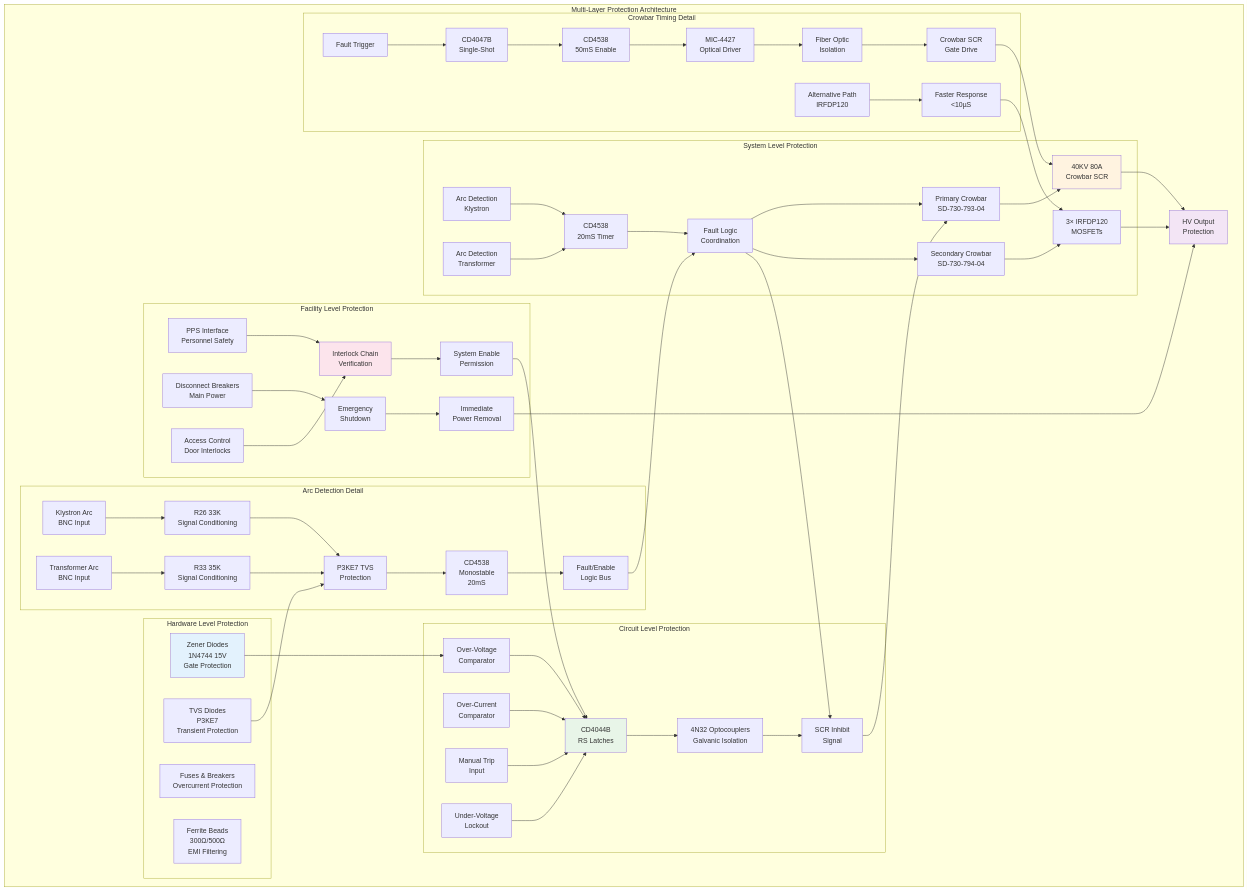
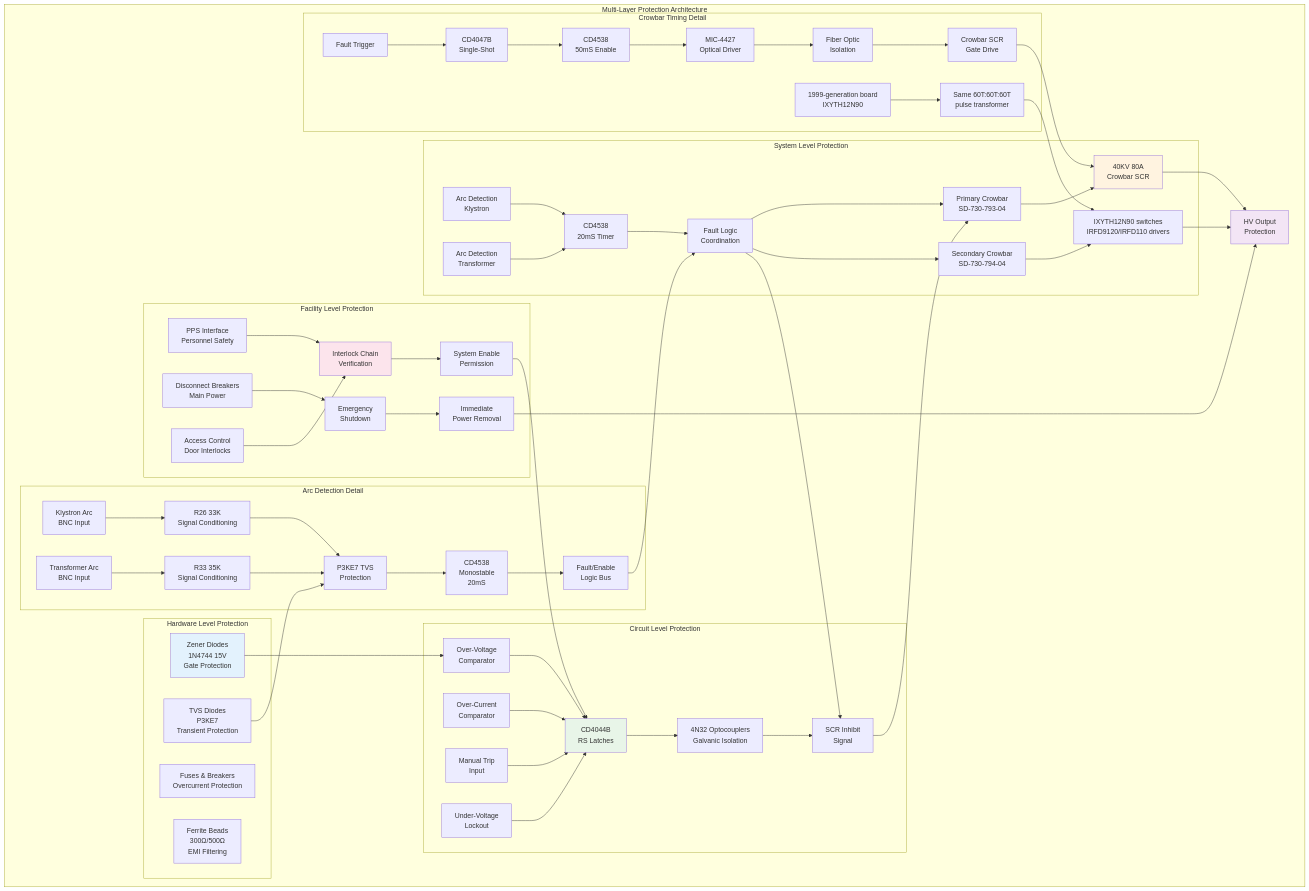
One commit to fayaw/spearlegacyLLRF changed the fifth of 7 diagrams in hvps/documentation/schematics/technical_notes/00_HVPS_SYSTEM_OVERVIEW.md. Above: the diagram before and after it, drawn with Mermaid. The commit also changed other lines of this file and 141 other files, not shown here.

````diff
--- a/hvps/documentation/schematics/technical_notes/00_HVPS_SYSTEM_OVERVIEW.md
+++ b/hvps/documentation/schematics/technical_notes/00_HVPS_SYSTEM_OVERVIEW.md
@@ -408,80 +489,80 @@
 ```mermaid
 graph TD
     subgraph "Multi-Layer Protection Architecture"
         subgraph "Hardware Level Protection"
             H1[Zener Diodes<br/>1N4744 15V<br/>Gate Protection]
             H2[TVS Diodes<br/>P3KE7<br/>Transient Protection]
             H3[Fuses & Breakers<br/>Overcurrent Protection]
             H4[Ferrite Beads<br/>300Ω/500Ω<br/>EMI Filtering]
         end
         
         subgraph "Circuit Level Protection"
             C1[Over-Voltage<br/>Comparator] --> C2[CD4044B<br/>RS Latches]
             C3[Over-Current<br/>Comparator] --> C2
             C4[Manual Trip<br/>Input] --> C2
             C5[Under-Voltage<br/>Lockout] --> C2
             
             C2 --> C6[4N32 Optocouplers<br/>Galvanic Isolation]
             C6 --> C7[SCR Inhibit<br/>Signal]
         end
         
         subgraph "System Level Protection"
             S1[Primary Crowbar<br/>SD-730-793-04] --> S2[40KV 80A<br/>Crowbar SCR]
-            S3[Secondary Crowbar<br/>SD-730-794-04] --> S4[3× IRFDP120<br/>MOSFETs]
+            S3[Secondary Crowbar<br/>SD-730-794-04] --> S4[IXYTH12N90 switches<br/>IRFD9120/IRFD110 drivers]
             
             S5[Arc Detection<br/>Klystron] --> S6[CD4538<br/>20mS Timer]
             S7[Arc Detection<br/>Transformer] --> S6
             S6 --> S8[Fault Logic<br/>Coordination]
             
             S8 --> S1
             S8 --> S3
             S8 --> C7
         end
         
         subgraph "Facility Level Protection"
             F1[PPS Interface<br/>Personnel Safety] --> F2[Interlock Chain<br/>Verification]
             F3[Disconnect Breakers<br/>Main Power] --> F4[Emergency<br/>Shutdown]
             F5[Access Control<br/>Door Interlocks] --> F2
             
             F2 --> F6[System Enable<br/>Permission]
             F4 --> F7[Immediate<br/>Power Removal]
         end
         
         subgraph "Arc Detection Detail"
             A1[Klystron Arc<br/>BNC Input] --> A2[R26 33K<br/>Signal Conditioning]
             A3[Transformer Arc<br/>BNC Input] --> A4[R33 35K<br/>Signal Conditioning]
             
             A2 --> A5[P3KE7 TVS<br/>Protection]
             A4 --> A5
             A5 --> A6[CD4538<br/>Monostable<br/>20mS]
             A6 --> A7[Fault/Enable<br/>Logic Bus]
         end
         
         subgraph "Crowbar Timing Detail"
             T1[Fault Trigger] --> T2[CD4047B<br/>Single-Shot]
             T2 --> T3[CD4538<br/>50mS Enable]
             T3 --> T4[MIC-4427<br/>Optical Driver]
             T4 --> T5[Fiber Optic<br/>Isolation]
             T5 --> T6[Crowbar SCR<br/>Gate Drive]
             
-            T7[Alternative Path<br/>IRFDP120] --> T8[Faster Response<br/><10µS]
+            T7[1999-generation board<br/>IXYTH12N90] --> T8[Same 60T:60T:60T<br/>pulse transformer]
         end
         
         H1 --> C1
         H2 --> A5
         C7 --> S1
         S2 --> D1[HV Output<br/>Protection]
         S4 --> D1
         F6 --> C2
         F7 --> D1
         A7 --> S8
         T6 --> S2
         T8 --> S4
     end
     
     style H1 fill:#e3f2fd
     style C2 fill:#e8f5e8
     style S2 fill:#fff3e0
     style F2 fill:#fce4ec
     style D1 fill:#f3e5f5
 ```
````
